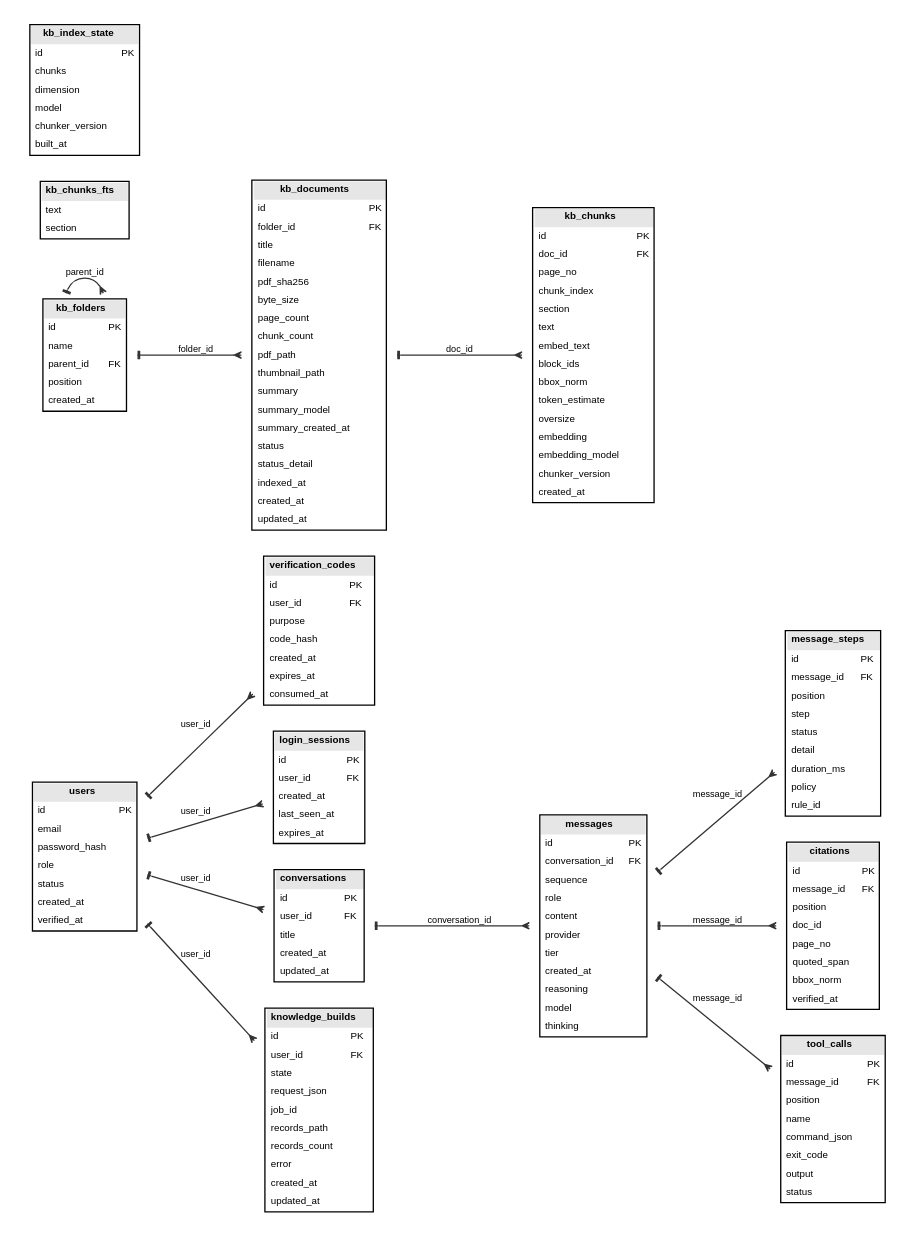
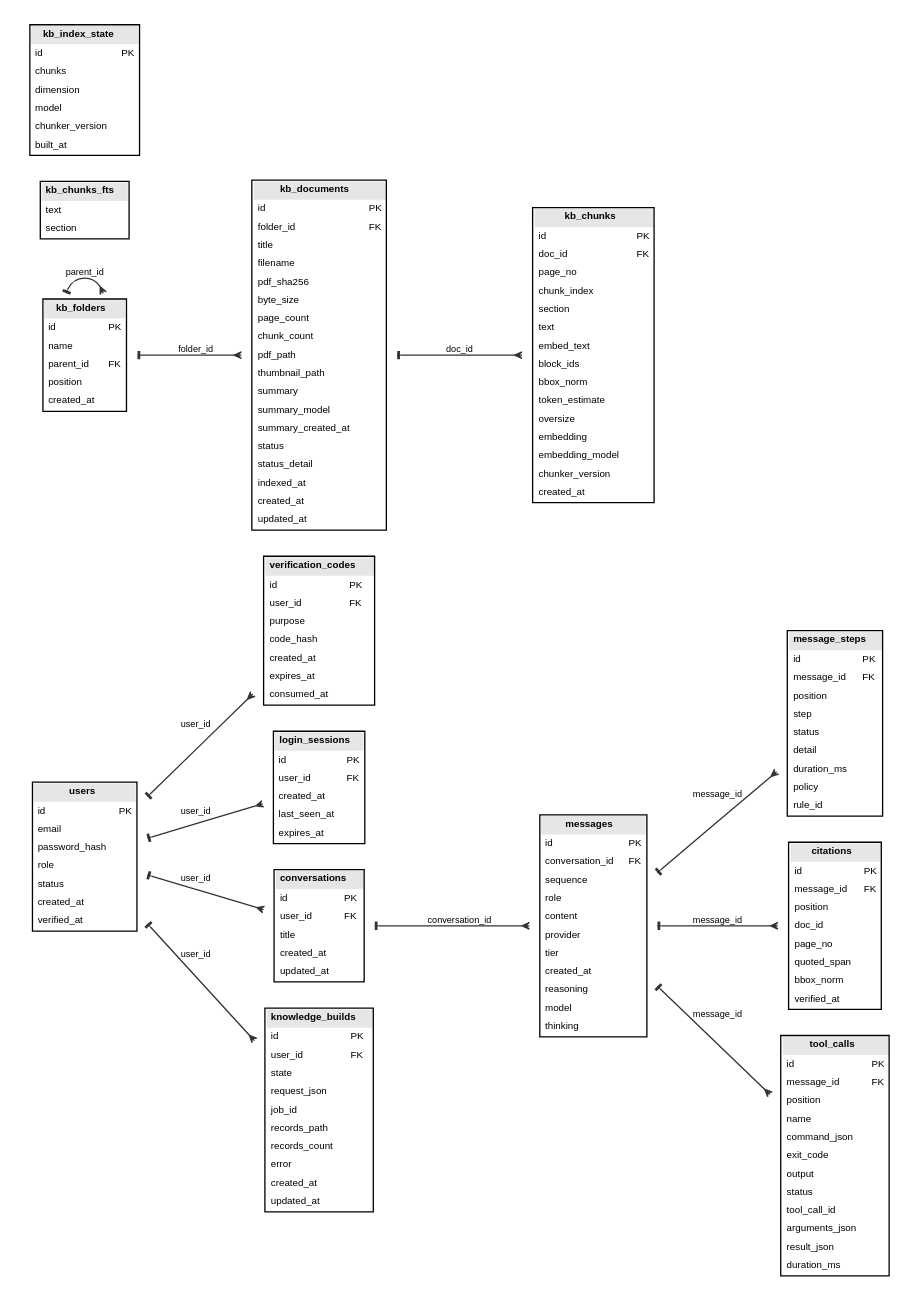
One commit to Kane-LI-0114/verifiable-tutor changed the diagram in docs/figures/physical-db.dot. Above: the diagram before and after it, drawn with Graphviz. The commit also changed 7 other files, not shown here.

First line of the commit message:
feat(storage): persist provider tool calls in schema v3

```diff
--- a/docs/figures/physical-db.dot
+++ b/docs/figures/physical-db.dot
@@ -1,178 +1,182 @@
 digraph physical_data_model {
   // Generated by scripts/build_data_model.py from the Storage schema; do not edit.
   graph [rankdir=LR, splines=true, nodesep=0.16, ranksep=0.52, fontname="Helvetica", fontsize=9,
          bgcolor="white", pad=0.10];
   node [fontname="Helvetica", fontsize=7.5, shape=plaintext];
   edge [fontname="Helvetica", fontsize=7, color="#333333", arrowsize=0.55,
         dir=both, arrowtail=tee, arrowhead=crow];
   // Physical SQLite schema. The logical model is docs/figures/prd-er.dot.
   users [label=<<TABLE BORDER="1" CELLBORDER="0" CELLSPACING="0" CELLPADDING="3" BGCOLOR="white">
       <TR><TD BGCOLOR="#e6e6e6" COLSPAN="2"><B>users</B></TD></TR>
       <TR><TD ALIGN="LEFT">id</TD><TD ALIGN="LEFT">PK</TD></TR>
       <TR><TD ALIGN="LEFT">email</TD><TD ALIGN="LEFT"></TD></TR>
       <TR><TD ALIGN="LEFT">password_hash</TD><TD ALIGN="LEFT"></TD></TR>
       <TR><TD ALIGN="LEFT">role</TD><TD ALIGN="LEFT"></TD></TR>
       <TR><TD ALIGN="LEFT">status</TD><TD ALIGN="LEFT"></TD></TR>
       <TR><TD ALIGN="LEFT">created_at</TD><TD ALIGN="LEFT"></TD></TR>
       <TR><TD ALIGN="LEFT">verified_at</TD><TD ALIGN="LEFT"></TD></TR>
     </TABLE>>];
   verification_codes [label=<<TABLE BORDER="1" CELLBORDER="0" CELLSPACING="0" CELLPADDING="3" BGCOLOR="white">
       <TR><TD BGCOLOR="#e6e6e6" COLSPAN="2"><B>verification_codes</B></TD></TR>
       <TR><TD ALIGN="LEFT">id</TD><TD ALIGN="LEFT">PK</TD></TR>
       <TR><TD ALIGN="LEFT">user_id</TD><TD ALIGN="LEFT">FK</TD></TR>
       <TR><TD ALIGN="LEFT">purpose</TD><TD ALIGN="LEFT"></TD></TR>
       <TR><TD ALIGN="LEFT">code_hash</TD><TD ALIGN="LEFT"></TD></TR>
       <TR><TD ALIGN="LEFT">created_at</TD><TD ALIGN="LEFT"></TD></TR>
       <TR><TD ALIGN="LEFT">expires_at</TD><TD ALIGN="LEFT"></TD></TR>
       <TR><TD ALIGN="LEFT">consumed_at</TD><TD ALIGN="LEFT"></TD></TR>
     </TABLE>>];
   login_sessions [label=<<TABLE BORDER="1" CELLBORDER="0" CELLSPACING="0" CELLPADDING="3" BGCOLOR="white">
       <TR><TD BGCOLOR="#e6e6e6" COLSPAN="2"><B>login_sessions</B></TD></TR>
       <TR><TD ALIGN="LEFT">id</TD><TD ALIGN="LEFT">PK</TD></TR>
       <TR><TD ALIGN="LEFT">user_id</TD><TD ALIGN="LEFT">FK</TD></TR>
       <TR><TD ALIGN="LEFT">created_at</TD><TD ALIGN="LEFT"></TD></TR>
       <TR><TD ALIGN="LEFT">last_seen_at</TD><TD ALIGN="LEFT"></TD></TR>
       <TR><TD ALIGN="LEFT">expires_at</TD><TD ALIGN="LEFT"></TD></TR>
     </TABLE>>];
   conversations [label=<<TABLE BORDER="1" CELLBORDER="0" CELLSPACING="0" CELLPADDING="3" BGCOLOR="white">
       <TR><TD BGCOLOR="#e6e6e6" COLSPAN="2"><B>conversations</B></TD></TR>
       <TR><TD ALIGN="LEFT">id</TD><TD ALIGN="LEFT">PK</TD></TR>
       <TR><TD ALIGN="LEFT">user_id</TD><TD ALIGN="LEFT">FK</TD></TR>
       <TR><TD ALIGN="LEFT">title</TD><TD ALIGN="LEFT"></TD></TR>
       <TR><TD ALIGN="LEFT">created_at</TD><TD ALIGN="LEFT"></TD></TR>
       <TR><TD ALIGN="LEFT">updated_at</TD><TD ALIGN="LEFT"></TD></TR>
     </TABLE>>];
   messages [label=<<TABLE BORDER="1" CELLBORDER="0" CELLSPACING="0" CELLPADDING="3" BGCOLOR="white">
       <TR><TD BGCOLOR="#e6e6e6" COLSPAN="2"><B>messages</B></TD></TR>
       <TR><TD ALIGN="LEFT">id</TD><TD ALIGN="LEFT">PK</TD></TR>
       <TR><TD ALIGN="LEFT">conversation_id</TD><TD ALIGN="LEFT">FK</TD></TR>
       <TR><TD ALIGN="LEFT">sequence</TD><TD ALIGN="LEFT"></TD></TR>
       <TR><TD ALIGN="LEFT">role</TD><TD ALIGN="LEFT"></TD></TR>
       <TR><TD ALIGN="LEFT">content</TD><TD ALIGN="LEFT"></TD></TR>
       <TR><TD ALIGN="LEFT">provider</TD><TD ALIGN="LEFT"></TD></TR>
       <TR><TD ALIGN="LEFT">tier</TD><TD ALIGN="LEFT"></TD></TR>
       <TR><TD ALIGN="LEFT">created_at</TD><TD ALIGN="LEFT"></TD></TR>
       <TR><TD ALIGN="LEFT">reasoning</TD><TD ALIGN="LEFT"></TD></TR>
       <TR><TD ALIGN="LEFT">model</TD><TD ALIGN="LEFT"></TD></TR>
       <TR><TD ALIGN="LEFT">thinking</TD><TD ALIGN="LEFT"></TD></TR>
     </TABLE>>];
   message_steps [label=<<TABLE BORDER="1" CELLBORDER="0" CELLSPACING="0" CELLPADDING="3" BGCOLOR="white">
       <TR><TD BGCOLOR="#e6e6e6" COLSPAN="2"><B>message_steps</B></TD></TR>
       <TR><TD ALIGN="LEFT">id</TD><TD ALIGN="LEFT">PK</TD></TR>
       <TR><TD ALIGN="LEFT">message_id</TD><TD ALIGN="LEFT">FK</TD></TR>
       <TR><TD ALIGN="LEFT">position</TD><TD ALIGN="LEFT"></TD></TR>
       <TR><TD ALIGN="LEFT">step</TD><TD ALIGN="LEFT"></TD></TR>
       <TR><TD ALIGN="LEFT">status</TD><TD ALIGN="LEFT"></TD></TR>
       <TR><TD ALIGN="LEFT">detail</TD><TD ALIGN="LEFT"></TD></TR>
       <TR><TD ALIGN="LEFT">duration_ms</TD><TD ALIGN="LEFT"></TD></TR>
       <TR><TD ALIGN="LEFT">policy</TD><TD ALIGN="LEFT"></TD></TR>
       <TR><TD ALIGN="LEFT">rule_id</TD><TD ALIGN="LEFT"></TD></TR>
     </TABLE>>];
   citations [label=<<TABLE BORDER="1" CELLBORDER="0" CELLSPACING="0" CELLPADDING="3" BGCOLOR="white">
       <TR><TD BGCOLOR="#e6e6e6" COLSPAN="2"><B>citations</B></TD></TR>
       <TR><TD ALIGN="LEFT">id</TD><TD ALIGN="LEFT">PK</TD></TR>
       <TR><TD ALIGN="LEFT">message_id</TD><TD ALIGN="LEFT">FK</TD></TR>
       <TR><TD ALIGN="LEFT">position</TD><TD ALIGN="LEFT"></TD></TR>
       <TR><TD ALIGN="LEFT">doc_id</TD><TD ALIGN="LEFT"></TD></TR>
       <TR><TD ALIGN="LEFT">page_no</TD><TD ALIGN="LEFT"></TD></TR>
       <TR><TD ALIGN="LEFT">quoted_span</TD><TD ALIGN="LEFT"></TD></TR>
       <TR><TD ALIGN="LEFT">bbox_norm</TD><TD ALIGN="LEFT"></TD></TR>
       <TR><TD ALIGN="LEFT">verified_at</TD><TD ALIGN="LEFT"></TD></TR>
     </TABLE>>];
   tool_calls [label=<<TABLE BORDER="1" CELLBORDER="0" CELLSPACING="0" CELLPADDING="3" BGCOLOR="white">
       <TR><TD BGCOLOR="#e6e6e6" COLSPAN="2"><B>tool_calls</B></TD></TR>
       <TR><TD ALIGN="LEFT">id</TD><TD ALIGN="LEFT">PK</TD></TR>
       <TR><TD ALIGN="LEFT">message_id</TD><TD ALIGN="LEFT">FK</TD></TR>
       <TR><TD ALIGN="LEFT">position</TD><TD ALIGN="LEFT"></TD></TR>
       <TR><TD ALIGN="LEFT">name</TD><TD ALIGN="LEFT"></TD></TR>
       <TR><TD ALIGN="LEFT">command_json</TD><TD ALIGN="LEFT"></TD></TR>
       <TR><TD ALIGN="LEFT">exit_code</TD><TD ALIGN="LEFT"></TD></TR>
       <TR><TD ALIGN="LEFT">output</TD><TD ALIGN="LEFT"></TD></TR>
       <TR><TD ALIGN="LEFT">status</TD><TD ALIGN="LEFT"></TD></TR>
+      <TR><TD ALIGN="LEFT">tool_call_id</TD><TD ALIGN="LEFT"></TD></TR>
+      <TR><TD ALIGN="LEFT">arguments_json</TD><TD ALIGN="LEFT"></TD></TR>
+      <TR><TD ALIGN="LEFT">result_json</TD><TD ALIGN="LEFT"></TD></TR>
+      <TR><TD ALIGN="LEFT">duration_ms</TD><TD ALIGN="LEFT"></TD></TR>
     </TABLE>>];
   knowledge_builds [label=<<TABLE BORDER="1" CELLBORDER="0" CELLSPACING="0" CELLPADDING="3" BGCOLOR="white">
       <TR><TD BGCOLOR="#e6e6e6" COLSPAN="2"><B>knowledge_builds</B></TD></TR>
       <TR><TD ALIGN="LEFT">id</TD><TD ALIGN="LEFT">PK</TD></TR>
       <TR><TD ALIGN="LEFT">user_id</TD><TD ALIGN="LEFT">FK</TD></TR>
       <TR><TD ALIGN="LEFT">state</TD><TD ALIGN="LEFT"></TD></TR>
       <TR><TD ALIGN="LEFT">request_json</TD><TD ALIGN="LEFT"></TD></TR>
       <TR><TD ALIGN="LEFT">job_id</TD><TD ALIGN="LEFT"></TD></TR>
       <TR><TD ALIGN="LEFT">records_path</TD><TD ALIGN="LEFT"></TD></TR>
       <TR><TD ALIGN="LEFT">records_count</TD><TD ALIGN="LEFT"></TD></TR>
       <TR><TD ALIGN="LEFT">error</TD><TD ALIGN="LEFT"></TD></TR>
       <TR><TD ALIGN="LEFT">created_at</TD><TD ALIGN="LEFT"></TD></TR>
       <TR><TD ALIGN="LEFT">updated_at</TD><TD ALIGN="LEFT"></TD></TR>
     </TABLE>>];
   kb_folders [label=<<TABLE BORDER="1" CELLBORDER="0" CELLSPACING="0" CELLPADDING="3" BGCOLOR="white">
       <TR><TD BGCOLOR="#e6e6e6" COLSPAN="2"><B>kb_folders</B></TD></TR>
       <TR><TD ALIGN="LEFT">id</TD><TD ALIGN="LEFT">PK</TD></TR>
       <TR><TD ALIGN="LEFT">name</TD><TD ALIGN="LEFT"></TD></TR>
       <TR><TD ALIGN="LEFT">parent_id</TD><TD ALIGN="LEFT">FK</TD></TR>
       <TR><TD ALIGN="LEFT">position</TD><TD ALIGN="LEFT"></TD></TR>
       <TR><TD ALIGN="LEFT">created_at</TD><TD ALIGN="LEFT"></TD></TR>
     </TABLE>>];
   kb_documents [label=<<TABLE BORDER="1" CELLBORDER="0" CELLSPACING="0" CELLPADDING="3" BGCOLOR="white">
       <TR><TD BGCOLOR="#e6e6e6" COLSPAN="2"><B>kb_documents</B></TD></TR>
       <TR><TD ALIGN="LEFT">id</TD><TD ALIGN="LEFT">PK</TD></TR>
       <TR><TD ALIGN="LEFT">folder_id</TD><TD ALIGN="LEFT">FK</TD></TR>
       <TR><TD ALIGN="LEFT">title</TD><TD ALIGN="LEFT"></TD></TR>
       <TR><TD ALIGN="LEFT">filename</TD><TD ALIGN="LEFT"></TD></TR>
       <TR><TD ALIGN="LEFT">pdf_sha256</TD><TD ALIGN="LEFT"></TD></TR>
       <TR><TD ALIGN="LEFT">byte_size</TD><TD ALIGN="LEFT"></TD></TR>
       <TR><TD ALIGN="LEFT">page_count</TD><TD ALIGN="LEFT"></TD></TR>
       <TR><TD ALIGN="LEFT">chunk_count</TD><TD ALIGN="LEFT"></TD></TR>
       <TR><TD ALIGN="LEFT">pdf_path</TD><TD ALIGN="LEFT"></TD></TR>
       <TR><TD ALIGN="LEFT">thumbnail_path</TD><TD ALIGN="LEFT"></TD></TR>
       <TR><TD ALIGN="LEFT">summary</TD><TD ALIGN="LEFT"></TD></TR>
       <TR><TD ALIGN="LEFT">summary_model</TD><TD ALIGN="LEFT"></TD></TR>
       <TR><TD ALIGN="LEFT">summary_created_at</TD><TD ALIGN="LEFT"></TD></TR>
       <TR><TD ALIGN="LEFT">status</TD><TD ALIGN="LEFT"></TD></TR>
       <TR><TD ALIGN="LEFT">status_detail</TD><TD ALIGN="LEFT"></TD></TR>
       <TR><TD ALIGN="LEFT">indexed_at</TD><TD ALIGN="LEFT"></TD></TR>
       <TR><TD ALIGN="LEFT">created_at</TD><TD ALIGN="LEFT"></TD></TR>
       <TR><TD ALIGN="LEFT">updated_at</TD><TD ALIGN="LEFT"></TD></TR>
     </TABLE>>];
   kb_chunks [label=<<TABLE BORDER="1" CELLBORDER="0" CELLSPACING="0" CELLPADDING="3" BGCOLOR="white">
       <TR><TD BGCOLOR="#e6e6e6" COLSPAN="2"><B>kb_chunks</B></TD></TR>
       <TR><TD ALIGN="LEFT">id</TD><TD ALIGN="LEFT">PK</TD></TR>
       <TR><TD ALIGN="LEFT">doc_id</TD><TD ALIGN="LEFT">FK</TD></TR>
       <TR><TD ALIGN="LEFT">page_no</TD><TD ALIGN="LEFT"></TD></TR>
       <TR><TD ALIGN="LEFT">chunk_index</TD><TD ALIGN="LEFT"></TD></TR>
       <TR><TD ALIGN="LEFT">section</TD><TD ALIGN="LEFT"></TD></TR>
       <TR><TD ALIGN="LEFT">text</TD><TD ALIGN="LEFT"></TD></TR>
       <TR><TD ALIGN="LEFT">embed_text</TD><TD ALIGN="LEFT"></TD></TR>
       <TR><TD ALIGN="LEFT">block_ids</TD><TD ALIGN="LEFT"></TD></TR>
       <TR><TD ALIGN="LEFT">bbox_norm</TD><TD ALIGN="LEFT"></TD></TR>
       <TR><TD ALIGN="LEFT">token_estimate</TD><TD ALIGN="LEFT"></TD></TR>
       <TR><TD ALIGN="LEFT">oversize</TD><TD ALIGN="LEFT"></TD></TR>
       <TR><TD ALIGN="LEFT">embedding</TD><TD ALIGN="LEFT"></TD></TR>
       <TR><TD ALIGN="LEFT">embedding_model</TD><TD ALIGN="LEFT"></TD></TR>
       <TR><TD ALIGN="LEFT">chunker_version</TD><TD ALIGN="LEFT"></TD></TR>
       <TR><TD ALIGN="LEFT">created_at</TD><TD ALIGN="LEFT"></TD></TR>
     </TABLE>>];
   kb_chunks_fts [label=<<TABLE BORDER="1" CELLBORDER="0" CELLSPACING="0" CELLPADDING="3" BGCOLOR="white">
       <TR><TD BGCOLOR="#e6e6e6" COLSPAN="2"><B>kb_chunks_fts</B></TD></TR>
       <TR><TD ALIGN="LEFT">text</TD><TD ALIGN="LEFT"></TD></TR>
       <TR><TD ALIGN="LEFT">section</TD><TD ALIGN="LEFT"></TD></TR>
     </TABLE>>];
   kb_index_state [label=<<TABLE BORDER="1" CELLBORDER="0" CELLSPACING="0" CELLPADDING="3" BGCOLOR="white">
       <TR><TD BGCOLOR="#e6e6e6" COLSPAN="2"><B>kb_index_state</B></TD></TR>
       <TR><TD ALIGN="LEFT">id</TD><TD ALIGN="LEFT">PK</TD></TR>
       <TR><TD ALIGN="LEFT">chunks</TD><TD ALIGN="LEFT"></TD></TR>
       <TR><TD ALIGN="LEFT">dimension</TD><TD ALIGN="LEFT"></TD></TR>
       <TR><TD ALIGN="LEFT">model</TD><TD ALIGN="LEFT"></TD></TR>
       <TR><TD ALIGN="LEFT">chunker_version</TD><TD ALIGN="LEFT"></TD></TR>
       <TR><TD ALIGN="LEFT">built_at</TD><TD ALIGN="LEFT"></TD></TR>
     </TABLE>>];
   users -> verification_codes [label="user_id"];
   users -> login_sessions [label="user_id"];
   users -> conversations [label="user_id"];
   conversations -> messages [label="conversation_id"];
   messages -> message_steps [label="message_id"];
   messages -> citations [label="message_id"];
   messages -> tool_calls [label="message_id"];
   users -> knowledge_builds [label="user_id"];
   kb_folders -> kb_folders [label="parent_id"];
   kb_folders -> kb_documents [label="folder_id"];
   kb_documents -> kb_chunks [label="doc_id"];
 }
```
